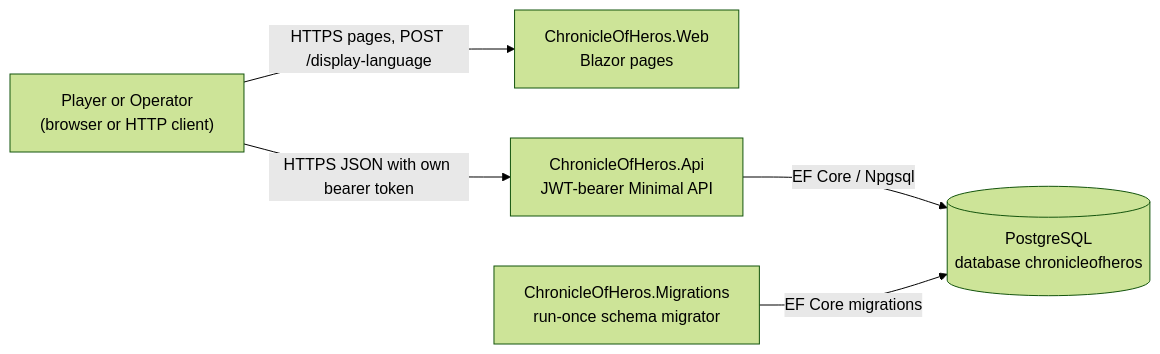
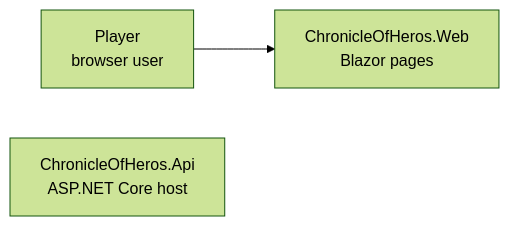
Before and after one commit to FlorianAlbert/ChronicleOfHeros: the diagram in docs/architecture/system/context.md, drawn with Mermaid (forest theme). The commit also changed other lines of this file and 84 other files, not shown here.

````diff
--- a/docs/architecture/system/context.md
+++ b/docs/architecture/system/context.md
@@ -7,12 +7,7 @@
 ```mermaid
 flowchart LR
-    player["Player or Operator<br/>(browser or HTTP client)"]
+    player["Player<br/>browser user"]
     web["ChronicleOfHeros.Web<br/>Blazor pages"]
-    api["ChronicleOfHeros.Api<br/>JWT-bearer Minimal API"]
-    migrations["ChronicleOfHeros.Migrations<br/>run-once schema migrator"]
-    db[("PostgreSQL<br/>database chronicleofheros")]
-    player -->|"HTTPS pages, POST /display-language"| web
-    player -->|"HTTPS JSON with own bearer token"| api
-    api -->|"EF Core / Npgsql"| db
-    migrations -->|"EF Core migrations"| db
+    api["ChronicleOfHeros.Api<br/>ASP.NET Core host"]
+    player --> web
 ```
````
